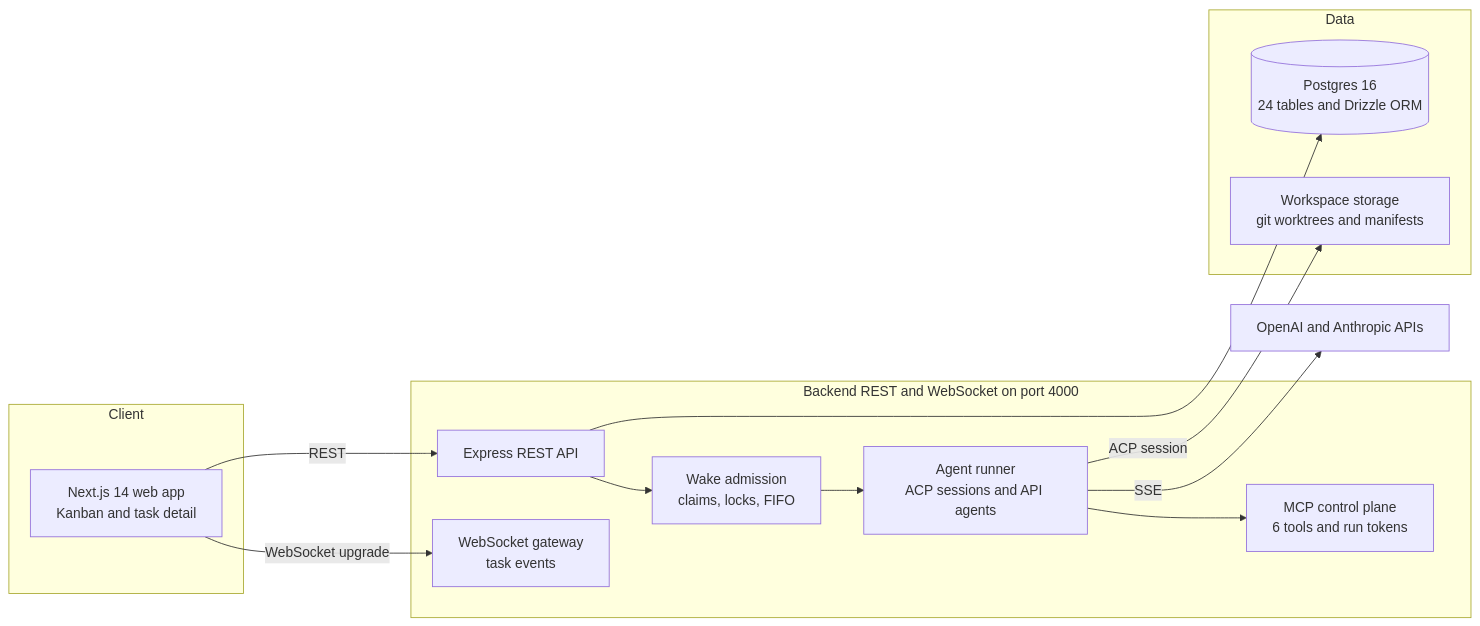
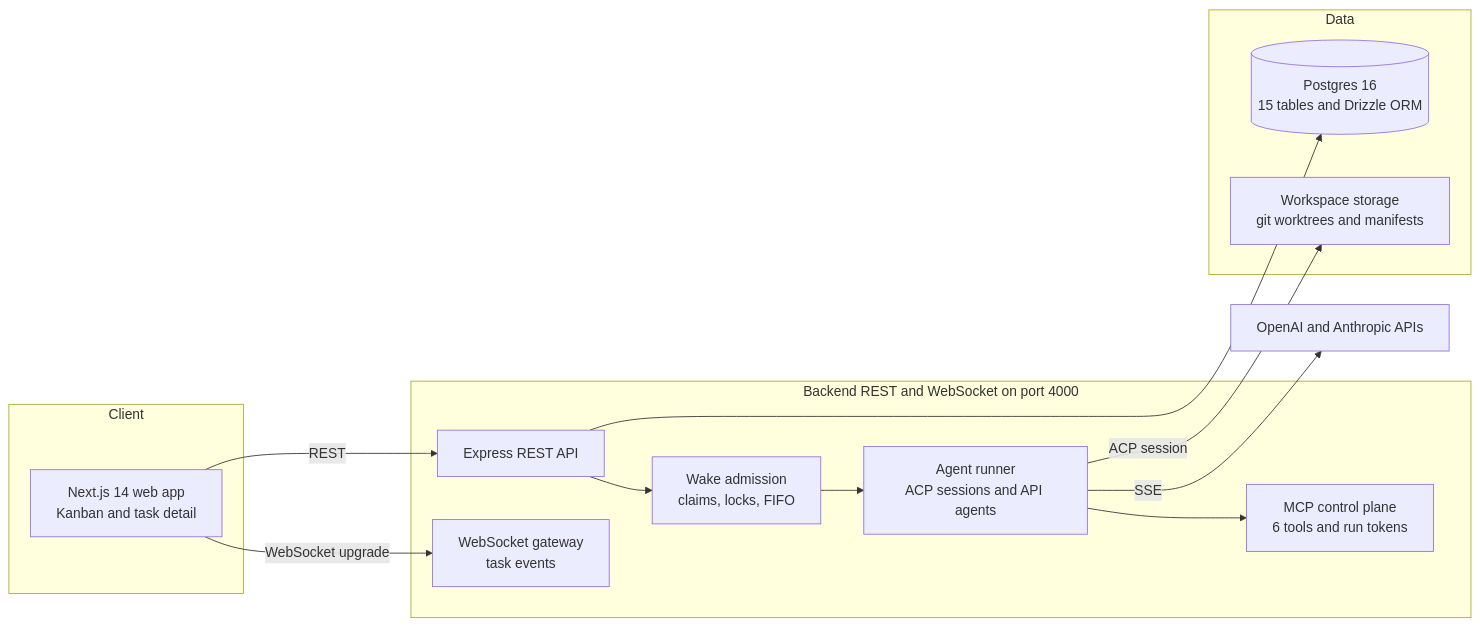
The diagram in README.md (jeremychenczm/loxo), drawn with Mermaid before and after one commit. The commit also changed other lines of this file and 13 other files, not shown here.

First line of the commit message:
refactor: drop schema placeholders for the unbuilt task engine

````diff
--- a/README.md
+++ b/README.md
@@ -81,26 +81,26 @@
 ```mermaid
 flowchart LR
     subgraph Client
         FE[Next.js 14 web app<br/>Kanban and task detail]
     end
     subgraph Server[Backend REST and WebSocket on port 4000]
         API[Express REST API]
         WS[WebSocket gateway<br/>task events]
         WAKE[Wake admission<br/>claims, locks, FIFO]
         MCP[MCP control plane<br/>6 tools and run tokens]
         RUNNER[Agent runner<br/>ACP sessions and API agents]
     end
     subgraph Data
-        PG[(Postgres 16<br/>24 tables and Drizzle ORM)]
+        PG[(Postgres 16<br/>15 tables and Drizzle ORM)]
         FS[Workspace storage<br/>git worktrees and manifests]
     end
     LLM[OpenAI and Anthropic APIs]
 
     FE -->|REST| API
     FE -->|WebSocket upgrade| WS
     API --> WAKE --> RUNNER
     RUNNER --> MCP
     RUNNER -->|ACP session| FS
     RUNNER -->|SSE| LLM
     API --> PG
 ```
````
